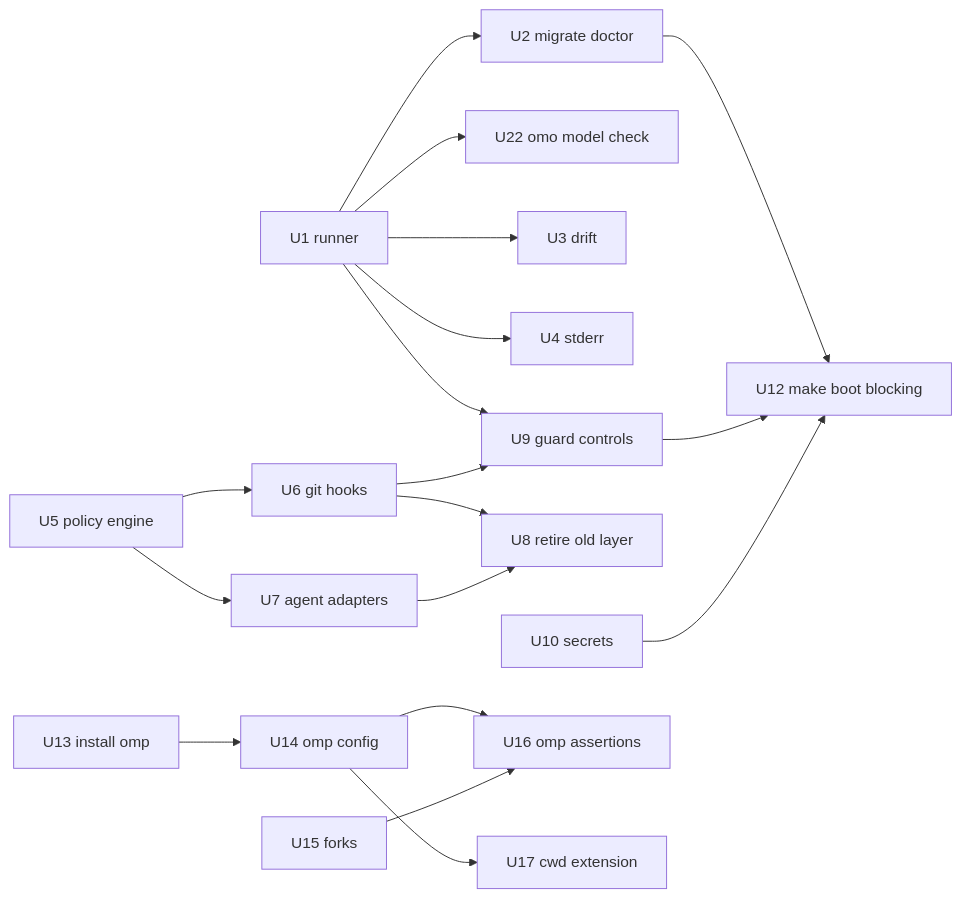
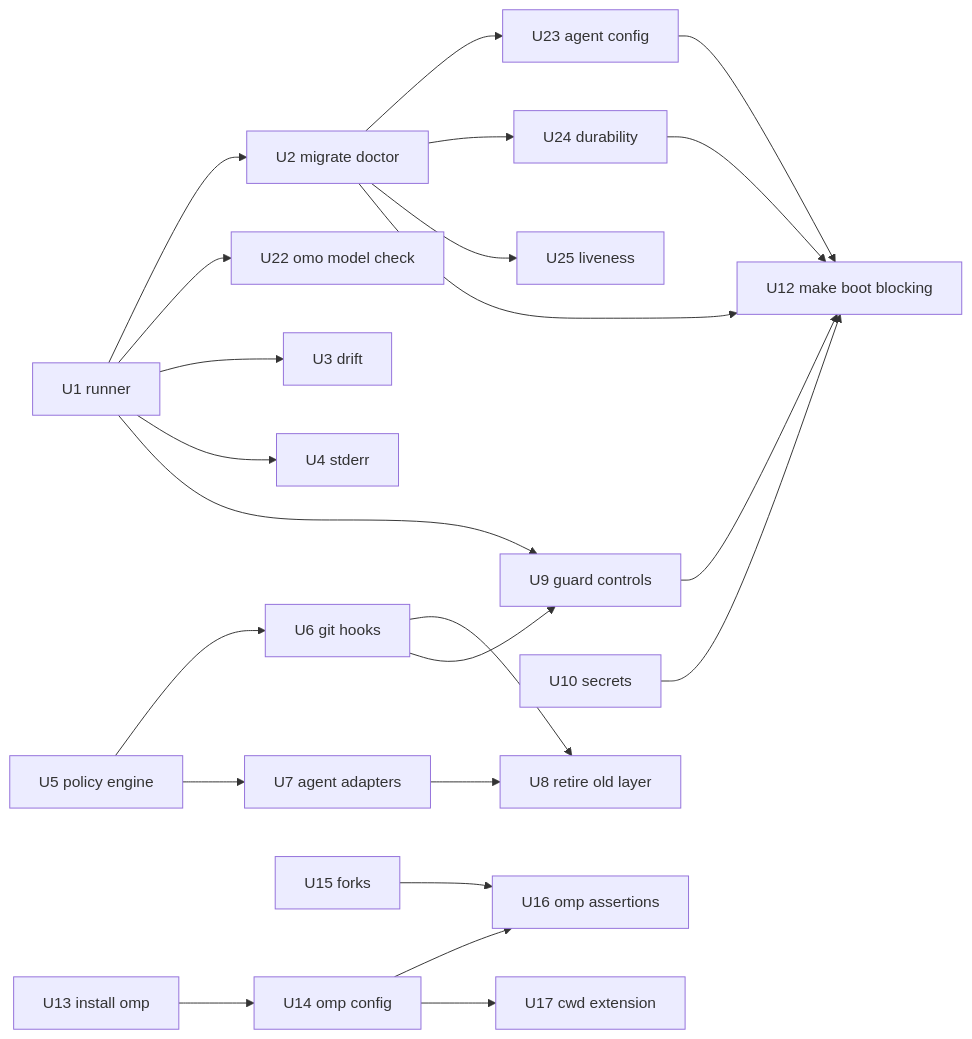
Before and after one commit to QuantumLove/dotfiles: the third of 3 diagrams in docs/plans/2026-08-31-001-feat-mega-container-and-main-guards-plan.md, drawn with Mermaid. The commit also changed other lines of this file, not shown here.

````diff
--- a/docs/plans/2026-08-31-001-feat-mega-container-and-main-guards-plan.md
+++ b/docs/plans/2026-08-31-001-feat-mega-container-and-main-guards-plan.md
@@ -134,20 +134,25 @@
 ```mermaid
 flowchart LR
   U1["U1 runner"] --> U2["U2 migrate doctor"]
+  U2 --> U23["U23 agent config"]
+  U2 --> U24["U24 durability"]
+  U2 --> U25["U25 liveness"]
+  U23 --> U12
+  U24 --> U12
   U1 --> U22["U22 omo model check"]
   U1 --> U3["U3 drift"]
   U1 --> U4["U4 stderr"]
   U1 --> U9["U9 guard controls"]
   U5["U5 policy engine"] --> U6["U6 git hooks"]
   U5 --> U7["U7 agent adapters"]
   U6 --> U8["U8 retire old layer"]
   U7 --> U8
   U6 --> U9
   U2 --> U12["U12 make boot blocking"]
   U9 --> U12
   U10["U10 secrets"] --> U12
   U13["U13 install omp"] --> U14["U14 omp config"]
   U14 --> U16["U16 omp assertions"]
   U15["U15 forks"] --> U16
   U14 --> U17["U17 cwd extension"]
 ```
````
